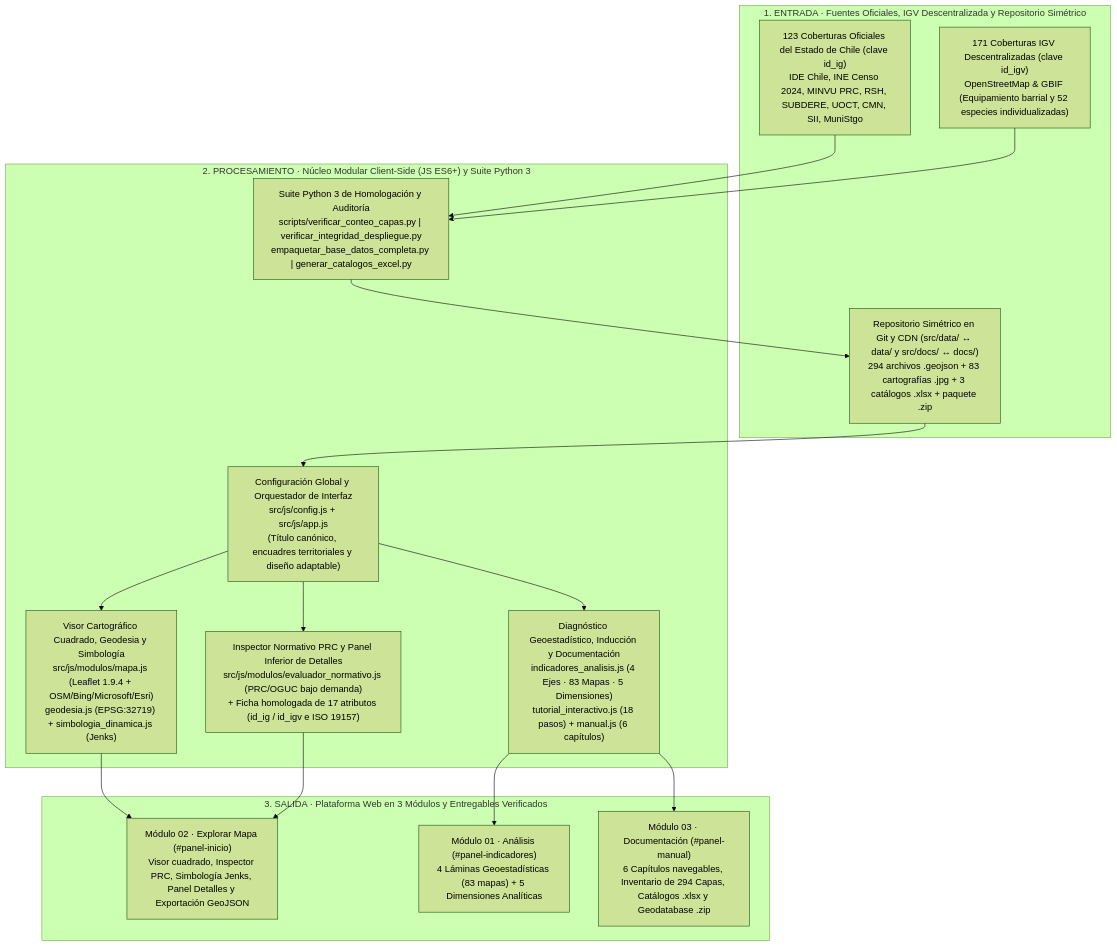
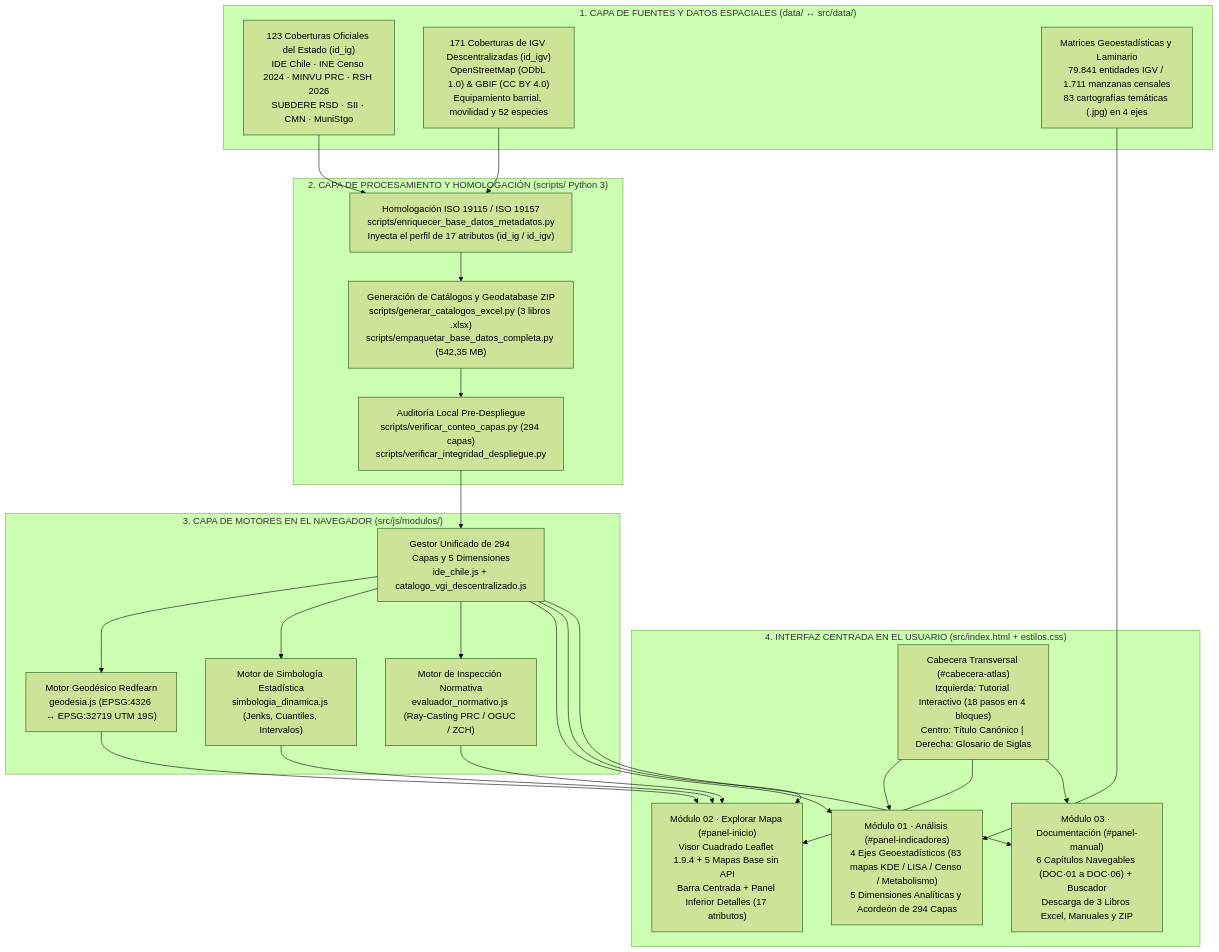
The first of 2 diagrams in docs/ARQUITECTURA.md (GEOJOTA/atlas-vgi-barrio-brasil), drawn with Mermaid (forest theme) before and after one commit. The commit also changed other lines of this file and 22 other files, not shown here.

````diff
--- a/docs/ARQUITECTURA.md
+++ b/docs/ARQUITECTURA.md
@@ -24,27 +26,36 @@
 ```mermaid
 flowchart TB
-    subgraph CAPA1["1. ENTRADA · Fuentes Oficiales, IGV Descentralizada y Repositorio Simétrico"]
-        F1["123 Coberturas Oficiales del Estado de Chile (clave id_ig)<br/>IDE Chile, INE Censo 2024, MINVU PRC, RSH, SUBDERE, UOCT, CMN, SII, MuniStgo"]
-        F2["171 Coberturas IGV Descentralizadas (clave id_igv)<br/>OpenStreetMap & GBIF (Equipamiento barrial y 52 especies individualizadas)"]
-        F3["Repositorio Simétrico en Git y CDN (src/data/ ↔ data/ y src/docs/ ↔ docs/)<br/>294 archivos .geojson + 83 cartografías .jpg + 3 catálogos .xlsx + paquete .zip"]
+    subgraph CAPA_DATOS["1. CAPA DE FUENTES Y DATOS ESPACIALES (data/ ↔ src/data/)"]
+        F_OF["123 Coberturas Oficiales del Estado (id_ig)\nIDE Chile · INE Censo 2024 · MINVU PRC · RSH 2026\nSUBDERE RSD · SII · CMN · MuniStgo"]
+        F_IGV["171 Coberturas de IGV Descentralizadas (id_igv)\nOpenStreetMap (ODbL 1.0) & GBIF (CC BY 4.0)\nEquipamiento barrial, movilidad y 52 especies"]
+        F_MAT["Matrices Geoestadísticas y Laminario\n79.841 entidades IGV / 1.711 manzanas censales\n83 cartografías temáticas (.jpg) en 4 ejes"]
     end
 
-    subgraph CAPA2["2. PROCESAMIENTO · Núcleo Modular Client-Side (JS ES6+) y Suite Python 3"]
-        N1["Configuración Global y Orquestador de Interfaz<br/>src/js/config.js + src/js/app.js<br/>(Título canónico, encuadres territoriales y diseño adaptable)"]
-        N2["Visor Cartográfico Cuadrado, Geodesia y Simbología<br/>src/js/modulos/mapa.js (Leaflet 1.9.4 + OSM/Bing/Microsoft/Esri)<br/>geodesia.js (EPSG:32719) + simbologia_dinamica.js (Jenks)"]
-        N3["Inspector Normativo PRC y Panel Inferior de Detalles<br/>src/js/modulos/evaluador_normativo.js (PRC/OGUC bajo demanda)<br/>+ Ficha homologada de 17 atributos (id_ig / id_igv e ISO 19157)"]
-        N4["Diagnóstico Geoestadístico, Inducción y Documentación<br/>indicadores_analisis.js (4 Ejes · 83 Mapas · 5 Dimensiones)<br/>tutorial_interactivo.js (18 pasos) + manual.js (6 capítulos)"]
-        N5["Suite Python 3 de Homologación y Auditoría<br/>scripts/verificar_conteo_capas.py | verificar_integridad_despliegue.py<br/>empaquetar_base_datos_completa.py | generar_catalogos_excel.py"]
+    subgraph CAPA_ETL["2. CAPA DE PROCESAMIENTO Y HOMOLOGACIÓN (scripts/ Python 3)"]
+        S_META["Homologación ISO 19115 / ISO 19157\nscripts/enriquecer_base_datos_metadatos.py\nInyecta el perfil de 17 atributos (id_ig / id_igv)"]
+        S_XLSX["Generación de Catálogos y Geodatabase ZIP\nscripts/generar_catalogos_excel.py (3 libros .xlsx)\nscripts/empaquetar_base_datos_completa.py (542,35 MB)"]
+        S_AUD["Auditoría Local Pre-Despliegue\nscripts/verificar_conteo_capas.py (294 capas)\nscripts/verificar_integridad_despliegue.py"]
     end
 
-    subgraph CAPA3["3. SALIDA · Plataforma Web en 3 Módulos y Entregables Verificados"]
-        S1["Módulo 01 · Análisis (#panel-indicadores)<br/>4 Láminas Geoestadísticas (83 mapas) + 5 Dimensiones Analíticas"]
-        S2["Módulo 02 · Explorar Mapa (#panel-inicio)<br/>Visor cuadrado, Inspector PRC, Simbología Jenks, Panel Detalles y Exportación GeoJSON"]
-        S3["Módulo 03 · Documentación (#panel-manual)<br/>6 Capítulos navegables, Inventario de 294 Capas, Catálogos .xlsx y Geodatabase .zip"]
+    subgraph CAPA_MOTORES["3. CAPA DE MOTORES EN EL NAVEGADOR (src/js/modulos/)"]
+        M_CAT["Gestor Unificado de 294 Capas y 5 Dimensiones\nide_chile.js + catalogo_vgi_descentralizado.js"]
+        M_GEO["Motor Geodésico Redfearn\ngeodesia.js (EPSG:4326 ↔ EPSG:32719 UTM 19S)"]
+        M_SIM["Motor de Simbología Estadística\nsimbologia_dinamica.js (Jenks, Cuantiles, Intervalos)"]
+        M_PRC["Motor de Inspección Normativa\nevaluador_normativo.js (Ray-Casting PRC / OGUC / ZCH)"]
     end
 
-    F1 & F2 --> N5 --> F3
-    F3 --> N1 --> N2 & N3 & N4
-    N4 --> S1 & S3
-    N2 & N3 --> S2
+    subgraph CAPA_UI["4. INTERFAZ CENTRADA EN EL USUARIO (src/index.html + estilos.css)"]
+        UI_CAB["Cabecera Transversal (#cabecera-atlas)\nIzquierda: Tutorial Interactivo (18 pasos en 4 bloques)\nCentro: Título Canónico | Derecha: Glosario de Siglas"]
+        UI_M1["Módulo 01 · Análisis (#panel-indicadores)\n4 Ejes Geoestadísticos (83 mapas KDE / LISA / Censo / Metabolismo)\n5 Dimensiones Analíticas y Acordeón de 294 Capas"]
+        UI_M2["Módulo 02 · Explorar Mapa (#panel-inicio)\nVisor Cuadrado Leaflet 1.9.4 + 5 Mapas Base sin API\nBarra Centrada + Panel Inferior Detalles (17 atributos)"]
+        UI_M3["Módulo 03 · Documentación (#panel-manual)\n6 Capítulos Navegables (DOC·01 a DOC·06) + Buscador\nDescarga de 3 Libros Excel, Manuales y ZIP"]
+    end
+
+    F_OF & F_IGV --> S_META --> S_XLSX --> S_AUD
+    S_AUD --> M_CAT
+    F_MAT --> UI_M1
+    M_CAT --> M_GEO & M_SIM & M_PRC
+    M_CAT --> UI_M1 & UI_M2 & UI_M3
+    M_GEO & M_SIM & M_PRC --> UI_M2
+    UI_CAB --> UI_M1 & UI_M2 & UI_M3
 ```
````
